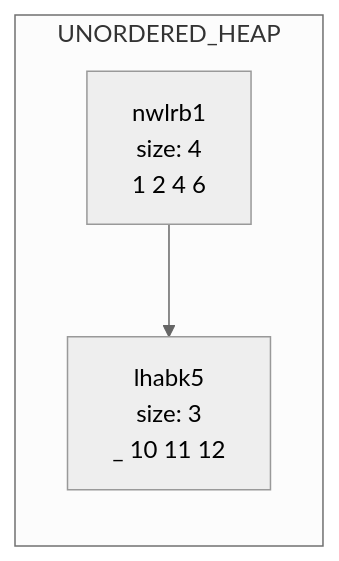
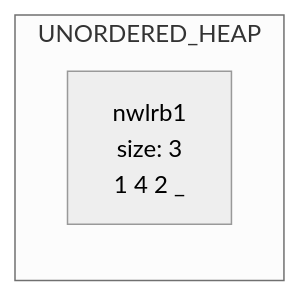
One commit to shiridikumar/phase1_dup changed the second of 2 diagrams in data/chart.md. Above: the diagram before and after it, drawn with Mermaid (neutral theme). The commit also changed other lines of this file and 14 other files, not shown here.

````diff
--- a/data/chart.md
+++ b/data/chart.md
@@ -19,8 +7,6 @@
 ```mermaid
 graph LR
 subgraph UNORDERED_HEAP
-nwlrb1[nwlrb1<br/>size: 4<br/>1 2 4 6 ]
-lhabk5[lhabk5<br/>size: 3<br/>_ 10 11 12 ]
-nwlrb1-->lhabk5
+nwlrb1[nwlrb1<br/>size: 3<br/>1 4 2 _ ]
 end
 ```
````
